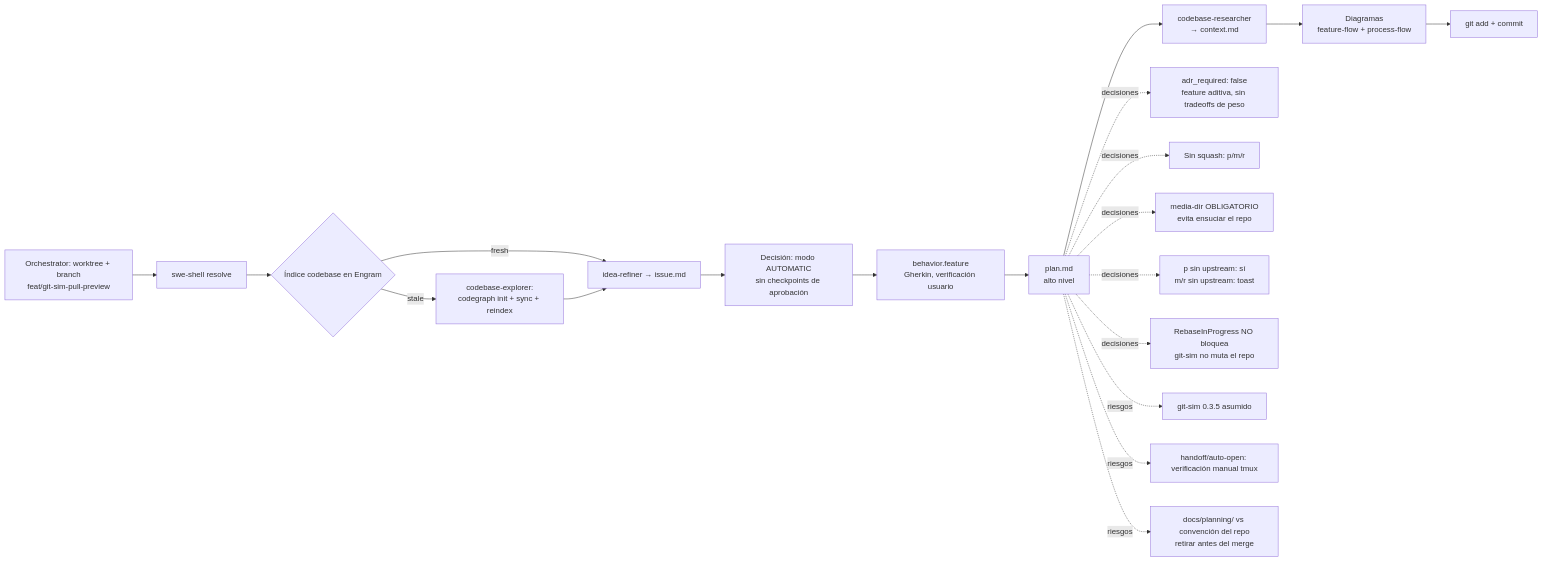
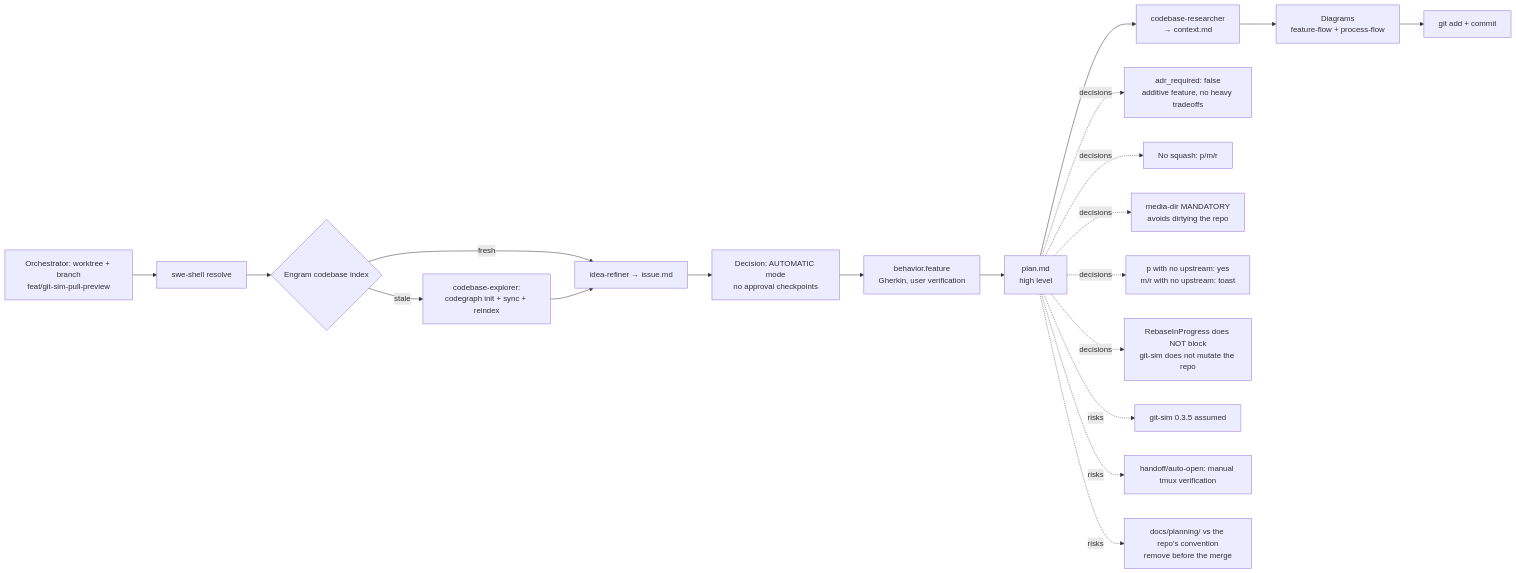
The diagram in docs/planning/0001-feature-git-sim-pull-preview/diagrams/process-flow.md (Sovengar/gitdash), drawn with Mermaid before and after one commit. The commit also changed other lines of this file and 96 other files, not shown here.

````diff
--- a/docs/planning/0001-feature-git-sim-pull-preview/diagrams/process-flow.md
+++ b/docs/planning/0001-feature-git-sim-pull-preview/diagrams/process-flow.md
@@ -5,23 +5,23 @@
 ```mermaid
 flowchart LR
     S0[Orchestrator: worktree + branch<br/>feat/git-sim-pull-preview] --> S1[swe-shell resolve]
-    S1 --> S2{Índice codebase en Engram}
+    S1 --> S2{Engram codebase index}
     S2 -- stale --> S3[codebase-explorer:<br/>codegraph init + sync + reindex]
     S2 -- fresh --> S4
     S3 --> S4[idea-refiner → issue.md]
-    S4 --> S5[Decisión: modo AUTOMATIC<br/>sin checkpoints de aprobación]
-    S5 --> S6[behavior.feature<br/>Gherkin, verificación usuario]
-    S6 --> S7[plan.md<br/>alto nivel]
+    S4 --> S5[Decision: AUTOMATIC mode<br/>no approval checkpoints]
+    S5 --> S6[behavior.feature<br/>Gherkin, user verification]
+    S6 --> S7[plan.md<br/>high level]
     S7 --> S8[codebase-researcher<br/>→ context.md]
-    S8 --> S9[Diagramas<br/>feature-flow + process-flow]
+    S8 --> S9[Diagrams<br/>feature-flow + process-flow]
     S9 --> S10[git add + commit]
 
-    S7 -.->|decisiones| D1[adr_required: false<br/>feature aditiva, sin tradeoffs de peso]
-    S7 -.->|decisiones| D2[Sin squash: p/m/r]
-    S7 -.->|decisiones| D3[media-dir OBLIGATORIO<br/>evita ensuciar el repo]
-    S7 -.->|decisiones| D4[p sin upstream: sí<br/>m/r sin upstream: toast]
-    S7 -.->|decisiones| D5[RebaseInProgress NO bloquea<br/>git-sim no muta el repo]
-    S7 -.->|riesgos| R1[git-sim 0.3.5 asumido]
-    S7 -.->|riesgos| R2[handoff/auto-open: verificación manual tmux]
-    S7 -.->|riesgos| R3[docs/planning/ vs convención del repo<br/>retirar antes del merge]
+    S7 -.->|decisions| D1[adr_required: false<br/>additive feature, no heavy tradeoffs]
+    S7 -.->|decisions| D2[No squash: p/m/r]
+    S7 -.->|decisions| D3[media-dir MANDATORY<br/>avoids dirtying the repo]
+    S7 -.->|decisions| D4[p with no upstream: yes<br/>m/r with no upstream: toast]
+    S7 -.->|decisions| D5[RebaseInProgress does NOT block<br/>git-sim does not mutate the repo]
+    S7 -.->|risks| R1[git-sim 0.3.5 assumed]
+    S7 -.->|risks| R2[handoff/auto-open: manual tmux verification]
+    S7 -.->|risks| R3[docs/planning/ vs the repo's convention<br/>remove before the merge]
 ```
````
